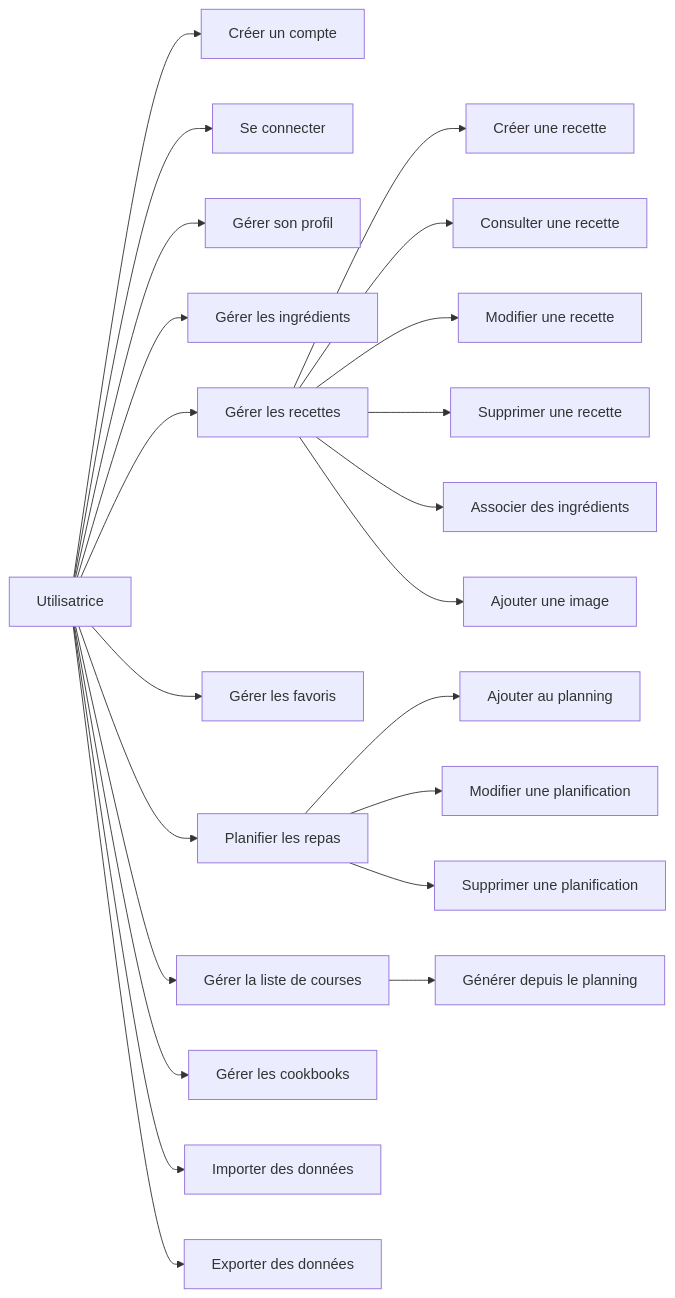
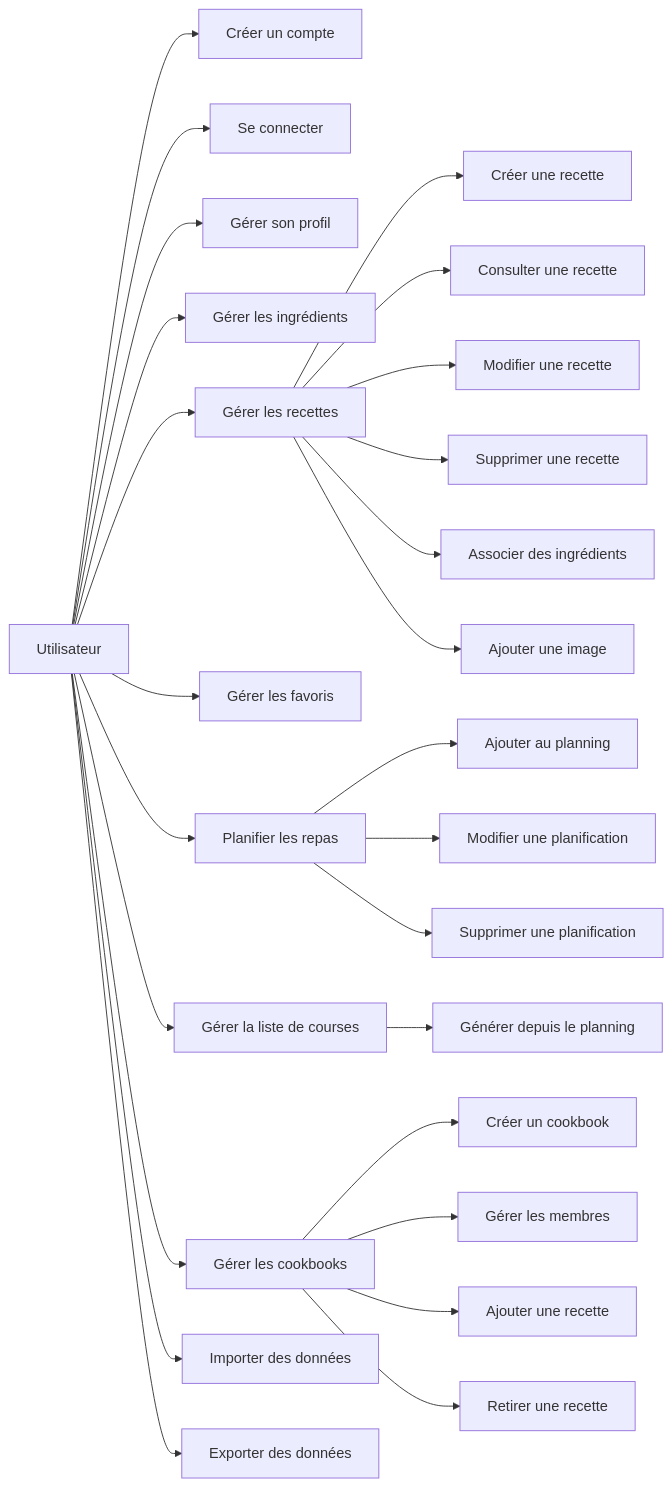
Before and after one commit to Hanari10/Supmeal: the first of 2 diagrams in documentation/documentation-technique.md, drawn with Mermaid. The commit also changed other lines of this file and 19 other files, not shown here.

````diff
--- a/documentation/documentation-technique.md
+++ b/documentation/documentation-technique.md
@@ -910,29 +1029,34 @@
 ```mermaid
 flowchart LR
-    U[Utilisatrice]
+    U[Utilisateur]
 
     U --> A[Créer un compte]
     U --> B[Se connecter]
     U --> C[Gérer son profil]
     U --> D[Gérer les ingrédients]
     U --> E[Gérer les recettes]
     U --> F[Gérer les favoris]
     U --> G[Planifier les repas]
     U --> H[Gérer la liste de courses]
     U --> I[Gérer les cookbooks]
     U --> J[Importer des données]
     U --> K[Exporter des données]
 
     E --> E1[Créer une recette]
     E --> E2[Consulter une recette]
     E --> E3[Modifier une recette]
     E --> E4[Supprimer une recette]
     E --> E5[Associer des ingrédients]
     E --> E6[Ajouter une image]
 
     G --> G1[Ajouter au planning]
     G --> G2[Modifier une planification]
     G --> G3[Supprimer une planification]
 
     H --> H1[Générer depuis le planning]
+
+    I --> I1[Créer un cookbook]
+    I --> I2[Gérer les membres]
+    I --> I3[Ajouter une recette]
+    I --> I4[Retirer une recette]
 ```
````
